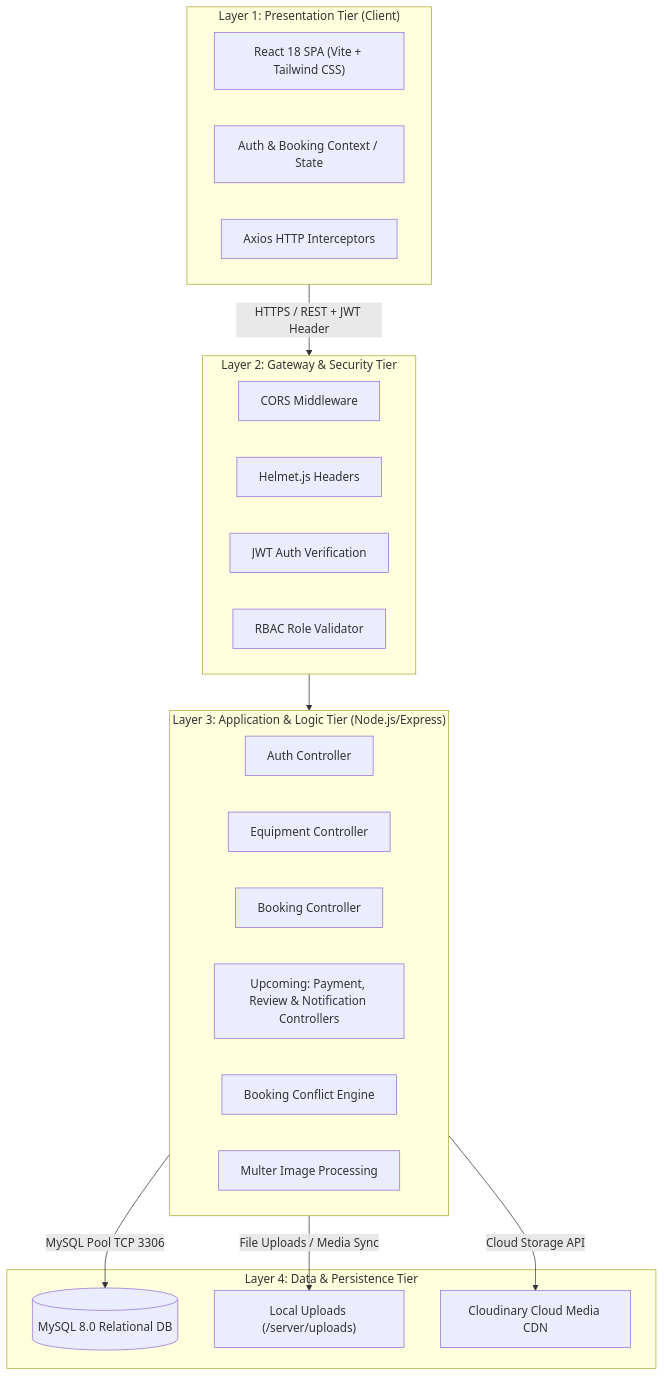
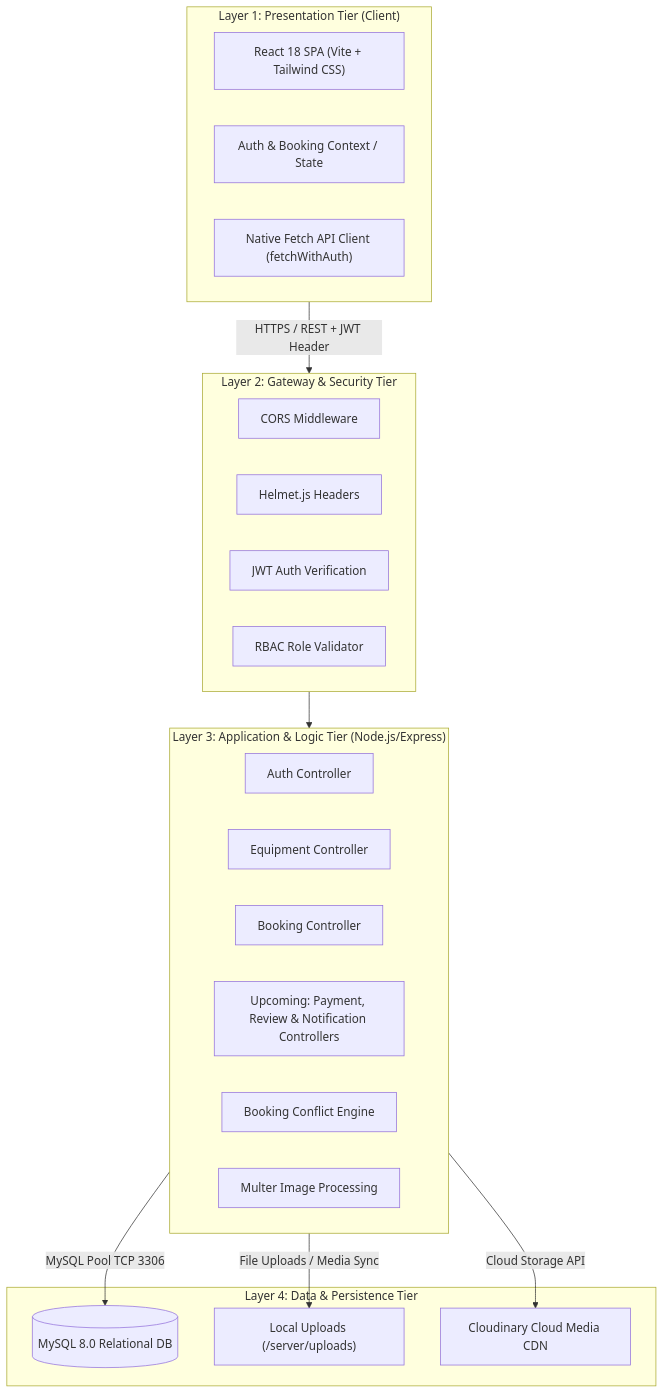
Before and after one commit to smsanjay991-cell/Agricultural-Equipment-Rental-Marketplace: the first of 2 diagrams in docs/architecture/02_high_level_architecture.md, drawn with Mermaid. The commit also changed other lines of this file and 28 other files, not shown here.

````diff
--- a/docs/architecture/02_high_level_architecture.md
+++ b/docs/architecture/02_high_level_architecture.md
@@ -60,37 +60,37 @@
 ```mermaid
 graph TD
     subgraph PRESENTATION ["Layer 1: Presentation Tier (Client)"]
         ReactApp["React 18 SPA (Vite + Tailwind CSS)"]
         StateContext["Auth & Booking Context / State"]
-        AxiosWrapper["Axios HTTP Interceptors"]
+        FetchClient["Native Fetch API Client (fetchWithAuth)"]
     end
 
     subgraph GATEWAY ["Layer 2: Gateway & Security Tier"]
         CORS["CORS Middleware"]
         SecurityHeaders["Helmet.js Headers"]
         JWTMiddleware["JWT Auth Verification"]
         RBACMiddleware["RBAC Role Validator"]
     end
 
     subgraph API_SERVER ["Layer 3: Application & Logic Tier (Node.js/Express)"]
         AuthCtrl["Auth Controller"]
         EquipCtrl["Equipment Controller"]
         BookingCtrl["Booking Controller"]
         UpcomingCtrls["Upcoming: Payment, Review & Notification Controllers"]
         
         BookingLogic["Booking Conflict Engine"]
         MulterService["Multer Image Processing"]
     end
 
     subgraph DATA_TIER ["Layer 4: Data & Persistence Tier"]
         MySQLDB[("MySQL 8.0 Relational DB")]
         LocalUploads["Local Uploads (/server/uploads)"]
         CloudinaryCDN["Cloudinary Cloud Media CDN"]
     end
 
     PRESENTATION -->|HTTPS / REST + JWT Header| GATEWAY
     GATEWAY --> API_SERVER
     API_SERVER -->|MySQL Pool TCP 3306| MySQLDB
     API_SERVER -->|File Uploads / Media Sync| LocalUploads
     API_SERVER -->|Cloud Storage API| CloudinaryCDN
 ```
````
